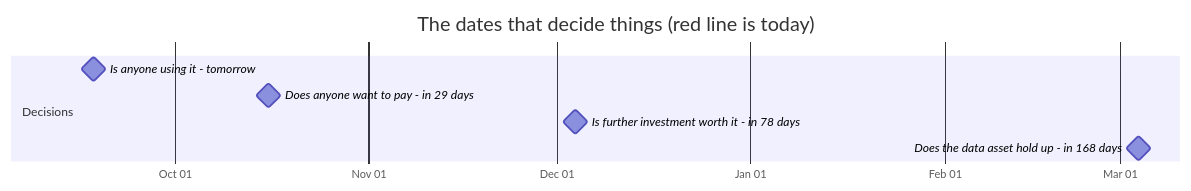
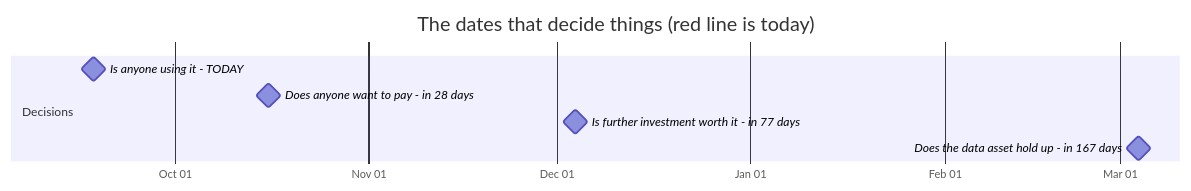
The first of 2 diagrams in docs/OWNER.md (jakegu1/vetagent), drawn with Mermaid before and after one commit. The commit also changed other lines of this file and 3 other files, not shown here.

````diff
--- a/docs/OWNER.md
+++ b/docs/OWNER.md
@@ -91,12 +91,12 @@
 ```mermaid
 gantt
     dateFormat YYYY-MM-DD
     axisFormat %b %d
     todayMarker stroke-width:3px,stroke:#d33,stroke-dasharray:0
     title The dates that decide things (red line is today)
     section Decisions
-    Is anyone using it - tomorrow :milestone, 2026-09-18, 0d
-    Does anyone want to pay - in 29 days :milestone, 2026-10-16, 0d
-    Is further investment worth it - in 78 days :milestone, 2026-12-04, 0d
-    Does the data asset hold up - in 168 days :milestone, 2027-03-04, 0d
+    Is anyone using it - TODAY :milestone, 2026-09-18, 0d
+    Does anyone want to pay - in 28 days :milestone, 2026-10-16, 0d
+    Is further investment worth it - in 77 days :milestone, 2026-12-04, 0d
+    Does the data asset hold up - in 167 days :milestone, 2027-03-04, 0d
 ```
````
